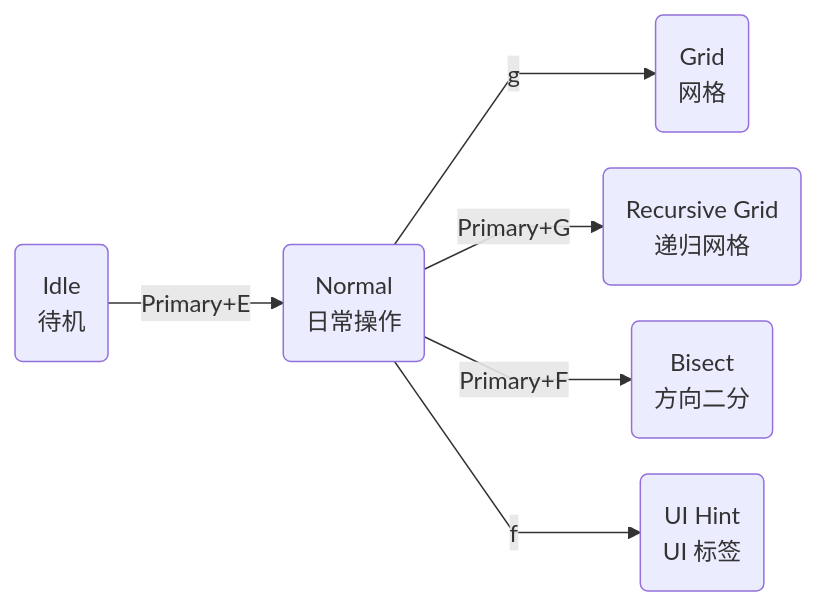
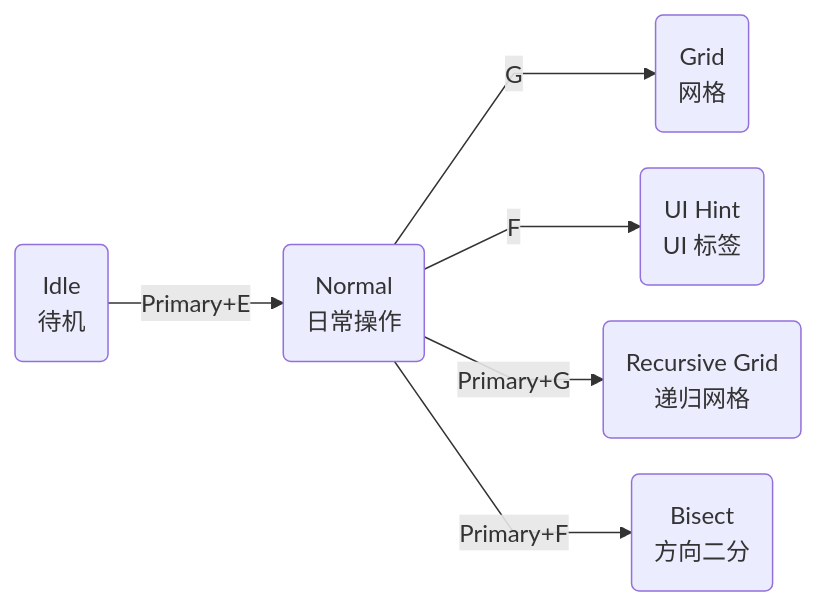
One commit to Net-zen/KeySteer changed the diagram in docs/modes/index.md. Above: the diagram before and after it, drawn with Mermaid. The commit also changed 45 other files, not shown here.

````diff
--- a/docs/modes/index.md
+++ b/docs/modes/index.md
@@ -5,30 +5,30 @@
 ```mermaid
 ---
 config:
     layout: dagre
     look: classic
     flowchart:
         curve: linear
         nodeSpacing: 24
         rankSpacing: 44
 ---
 flowchart LR
     idle("Idle<br/>待机"):::mode-step
     normal("Normal<br/>日常操作"):::mode-primary
     grid("Grid<br/>网格"):::mode-step
     rg("Recursive Grid<br/>递归网格"):::mode-step
     bs("Bisect<br/>方向二分"):::mode-step
     ui("UI Hint<br/>UI 标签"):::mode-step
 
     idle -->|"Primary+E"| normal
-    normal -->|g| grid
+    normal -->|G| grid
+    normal -->|F| ui
     normal -->|"Primary+G"| rg
     normal -->|"Primary+F"| bs
-    normal -->|f| ui
     class idle diagram-blue
     class normal diagram-violet
     class grid diagram-green
     class rg diagram-amber
-    class bs diagram-amber
+    class bs diagram-cyan
     class ui diagram-rose
 ```
````
